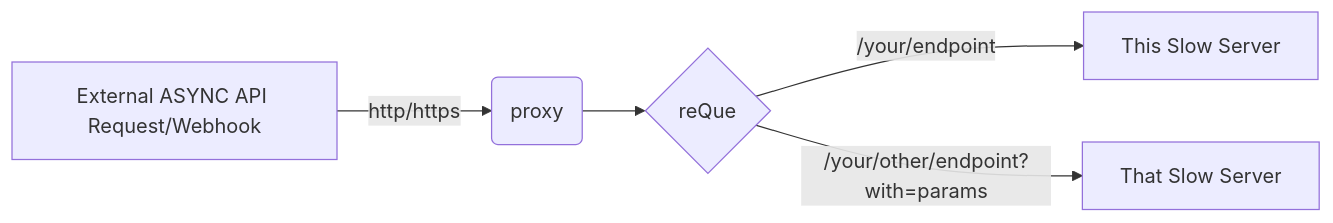
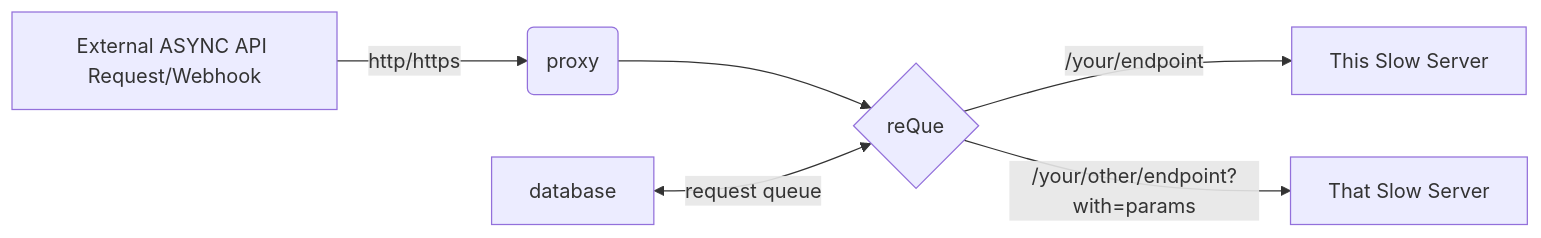
Before and after one commit to helloimalemur/reQue: the diagram in README.md, drawn with Mermaid.

````diff
--- a/README.md
+++ b/README.md
@@ -13,7 +13,9 @@
 ```mermaid
 flowchart LR
     A[External ASYNC API Request/Webhook] -->|http/https| B(proxy)
     B --> C{reQue}
     C -->|/your/endpoint| D[This Slow Server]
     C -->|/your/other/endpoint?with=params| E[That Slow Server]
+    F[database]<-->|request queue| C{reQue}
+%%    C{reQue} -->|request queue| F[database]
 ```
````
